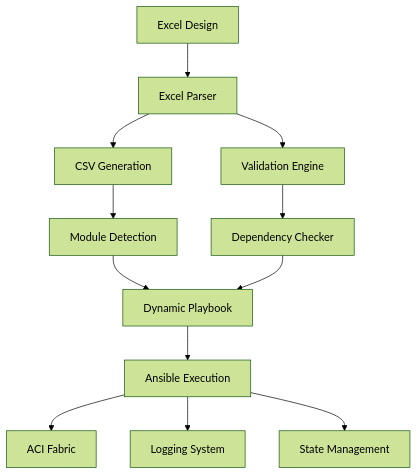
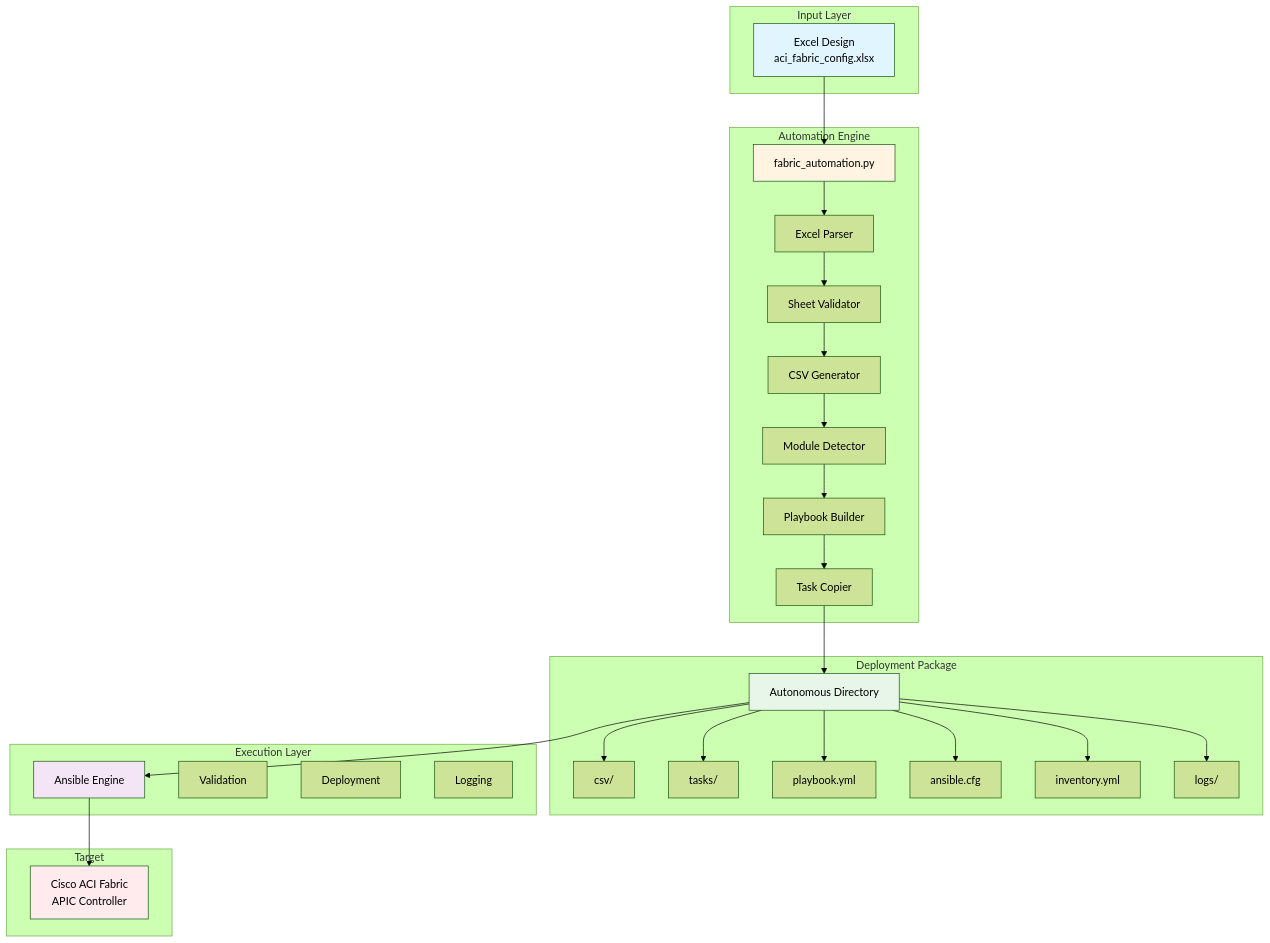
Before and after one commit to JFGrenier07/aci-fabric-automation: the first of 2 diagrams in README.md, drawn with Mermaid (forest theme). The commit also changed other lines of this file and 9 other files, not shown here.

First line of the commit message:
feat: Major documentation overhaul and automation engine upgrade

````diff
--- a/README.md
+++ b/README.md
@@ -56,16 +63,62 @@
 ```mermaid
-graph TD
-    A[Excel Design] --> B[Excel Parser]
-    B --> C[CSV Generation]
-    C --> D[Module Detection]
-    D --> E[Dynamic Playbook]
-    E --> F[Ansible Execution]
-    F --> G[ACI Fabric]
+graph TB
+    subgraph "Input Layer"
+        A[Excel Design<br/>aci_fabric_config.xlsx]
+    end
 
-    B --> H[Validation Engine]
-    H --> I[Dependency Checker]
-    I --> E
+    subgraph "Automation Engine"
+        B[fabric_automation.py]
+        B1[Excel Parser]
+        B2[Sheet Validator]
+        B3[CSV Generator]
+        B4[Module Detector]
+        B5[Playbook Builder]
+        B6[Task Copier]
 
-    F --> J[Logging System]
-    F --> K[State Management]
+        B --> B1
+        B1 --> B2
+        B2 --> B3
+        B3 --> B4
+        B4 --> B5
+        B5 --> B6
+    end
+
+    subgraph "Deployment Package"
+        C[Autonomous Directory]
+        C1[csv/]
+        C2[tasks/]
+        C3[playbook.yml]
+        C4[ansible.cfg]
+        C5[inventory.yml]
+        C6[logs/]
+
+        C --> C1
+        C --> C2
+        C --> C3
+        C --> C4
+        C --> C5
+        C --> C6
+    end
+
+    subgraph "Execution Layer"
+        D[Ansible Engine]
+        D1[Validation]
+        D2[Deployment]
+        D3[Logging]
+    end
+
+    subgraph "Target"
+        E[Cisco ACI Fabric<br/>APIC Controller]
+    end
+
+    A --> B
+    B6 --> C
+    C --> D
+    D --> E
+
+    style A fill:#e1f5ff
+    style B fill:#fff4e1
+    style C fill:#e8f5e9
+    style D fill:#f3e5f5
+    style E fill:#ffebee
 ```
````
